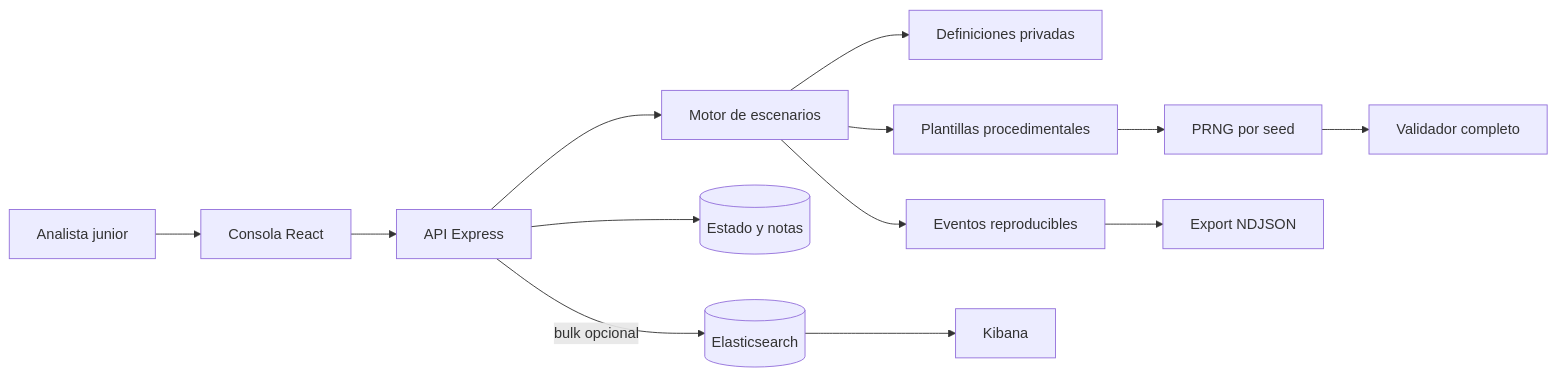
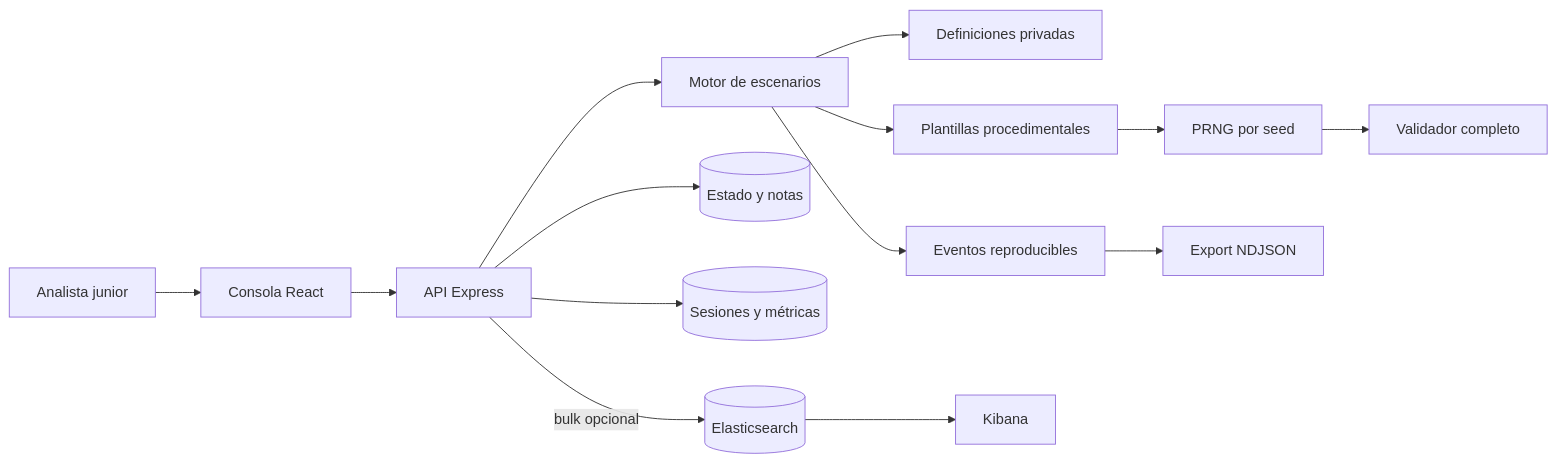
The diagram in README.md (Urbii22/SOC-Simulator), drawn with Mermaid before and after one commit. The commit also changed other lines of this file and 17 other files, not shown here.

````diff
--- a/README.md
+++ b/README.md
@@ -94,15 +96,16 @@
 ```mermaid
 flowchart LR
   Student[Analista junior] --> UI[Consola React]
   UI --> API[API Express]
   API --> Engine[Motor de escenarios]
   Engine --> Definitions[Definiciones privadas]
   Engine --> Templates[Plantillas procedimentales]
   Templates --> RNG[PRNG por seed]
   RNG --> Validator[Validador completo]
   Engine --> Events[Eventos reproducibles]
   API --> State[(Estado y notas)]
+  API --> Sessions[(Sesiones y métricas)]
   API -->|bulk opcional| ES[(Elasticsearch)]
   ES --> Kibana[Kibana]
   Events --> NDJSON[Export NDJSON]
 ```
````
